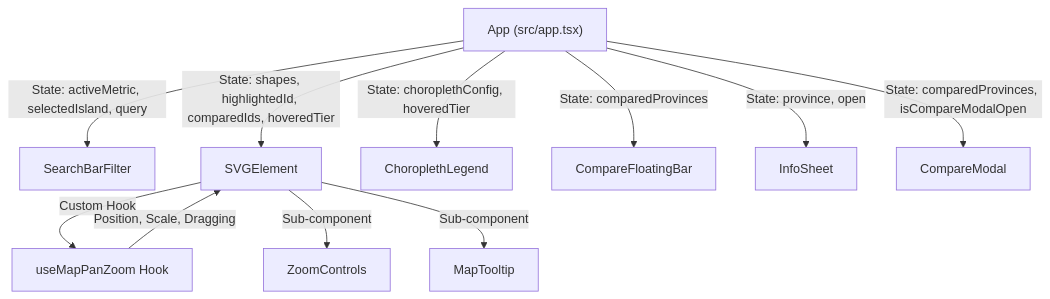
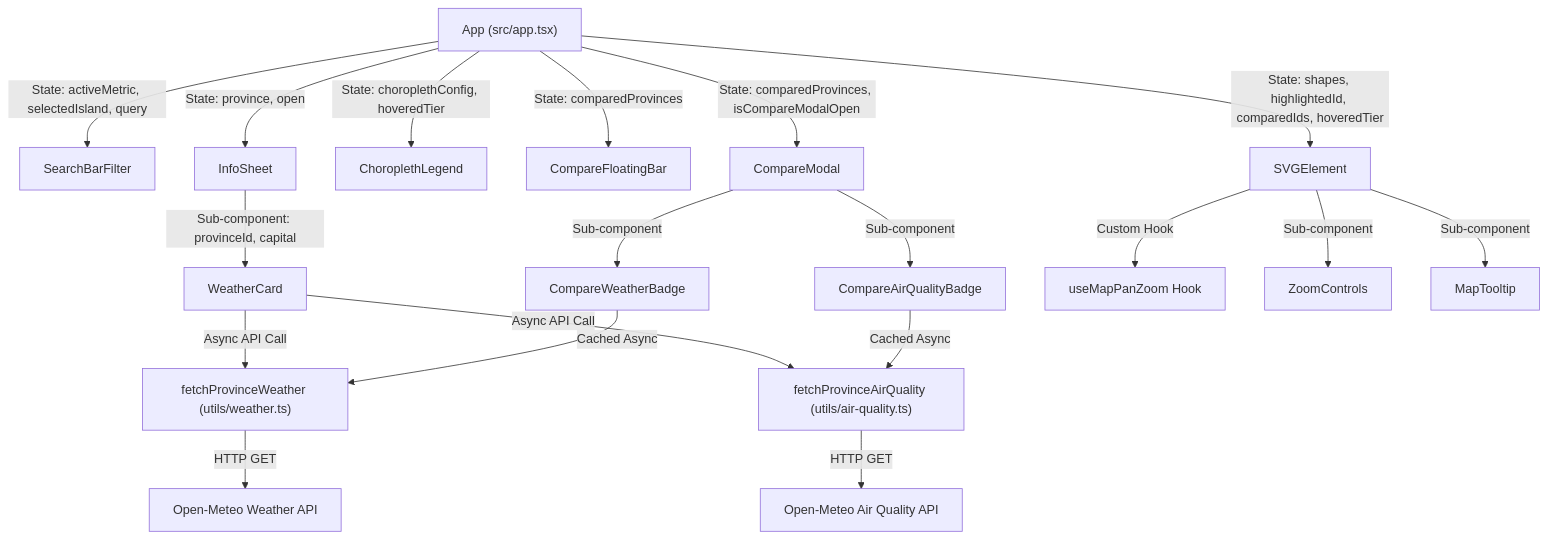
One commit to yadija/indonesia-map changed the diagram in ARCHITECTURE.md. Above: the diagram before and after it, drawn with Mermaid. The commit also changed other lines of this file and 3 other files, not shown here.

Commit message:
docs: synchronize PRD, architecture, evaluation, and README with weather and AQI features

````diff
--- a/ARCHITECTURE.md
+++ b/ARCHITECTURE.md
@@ -99,17 +106,27 @@
 ```mermaid
 graph TD
     App["App (src/app.tsx)"]
 
     App -->|"State: activeMetric, selectedIsland, query"| SearchBarFilter["SearchBarFilter"]
     App -->|"State: shapes, highlightedId, comparedIds, hoveredTier"| SVGElement["SVGElement"]
     App -->|"State: choroplethConfig, hoveredTier"| ChoroplethLegend["ChoroplethLegend"]
     App -->|"State: comparedProvinces"| CompareFloatingBar["CompareFloatingBar"]
     App -->|"State: province, open"| InfoSheet["InfoSheet"]
     App -->|"State: comparedProvinces, isCompareModalOpen"| CompareModal["CompareModal"]
 
+    InfoSheet -->|"Sub-component: provinceId, capital"| WeatherCard["WeatherCard"]
+    CompareModal -->|"Sub-component"| CompareWeatherBadge["CompareWeatherBadge"]
+    CompareModal -->|"Sub-component"| CompareAirQualityBadge["CompareAirQualityBadge"]
+
+    WeatherCard -->|"Async API Call"| WeatherService["fetchProvinceWeather (utils/weather.ts)"]
+    WeatherCard -->|"Async API Call"| AQIService["fetchProvinceAirQuality (utils/air-quality.ts)"]
+    CompareWeatherBadge -->|"Cached Async"| WeatherService
+    CompareAirQualityBadge -->|"Cached Async"| AQIService
+
+    WeatherService -->|"HTTP GET"| OpenMeteoWeather["Open-Meteo Weather API"]
+    AQIService -->|"HTTP GET"| OpenMeteoAQI["Open-Meteo Air Quality API"]
+
     SVGElement -->|"Custom Hook"| useMapPanZoom["useMapPanZoom Hook"]
     SVGElement -->|"Sub-component"| ZoomControls["ZoomControls"]
     SVGElement -->|"Sub-component"| MapTooltip["MapTooltip"]
-
-    useMapPanZoom -->|"Position, Scale, Dragging"| SVGElement
 ```
````
